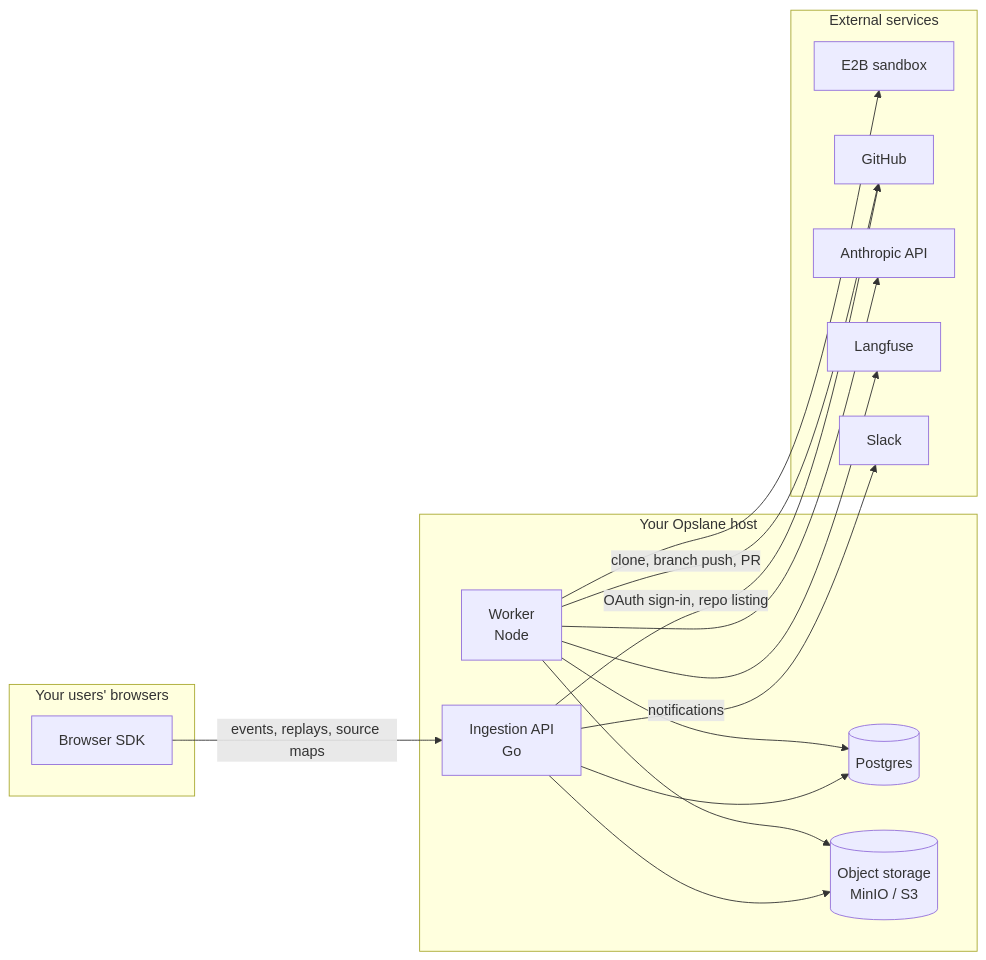
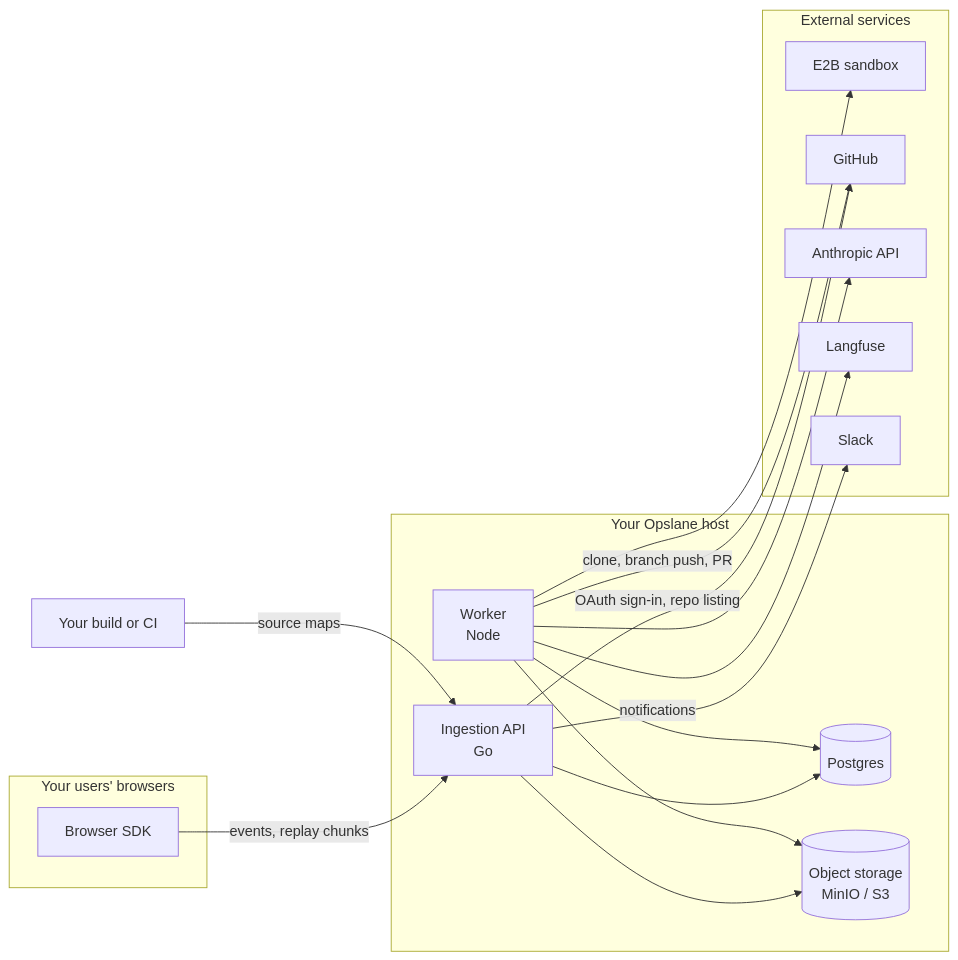
One commit to opslane/opslane changed the diagram in docs/architecture/overview.md. Above: the diagram before and after it, drawn with Mermaid. The commit also changed other lines of this file and 25 other files, not shown here.

````diff
--- a/docs/architecture/overview.md
+++ b/docs/architecture/overview.md
@@ -14,30 +14,32 @@
 ```mermaid
 flowchart LR
     subgraph browser [Your users' browsers]
         SDK[Browser SDK]
     end
+    BUILD[Your build or CI]
     subgraph host [Your Opslane host]
         ING[Ingestion API<br/>Go]
         PG[(Postgres)]
         S3[(Object storage<br/>MinIO / S3)]
         WRK[Worker<br/>Node]
     end
     subgraph external [External services]
         E2B[E2B sandbox]
         GH[GitHub]
         ANT[Anthropic API]
         LANGFUSE[Langfuse]
         SLACK[Slack]
     end
-    SDK -->|events, replays, source maps| ING
+    SDK -->|events, replay chunks| ING
+    BUILD -->|source maps| ING
     ING --> PG
     ING --> S3
     ING -->|OAuth sign-in, repo listing| GH
     ING -->|notifications| SLACK
     WRK --> PG
     WRK --> S3
     WRK --> E2B
     WRK -->|clone, branch push, PR| GH
     WRK --> ANT
     WRK --> LANGFUSE
 ```
````
